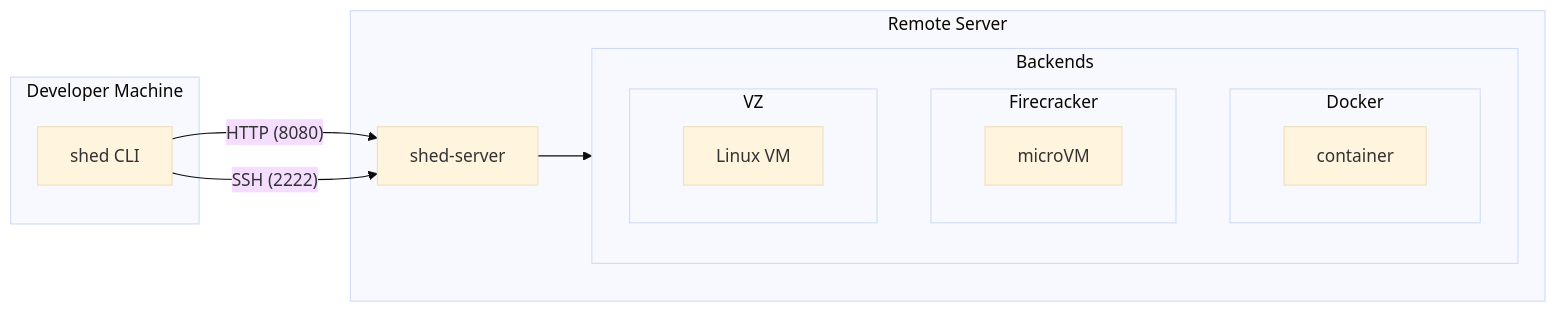
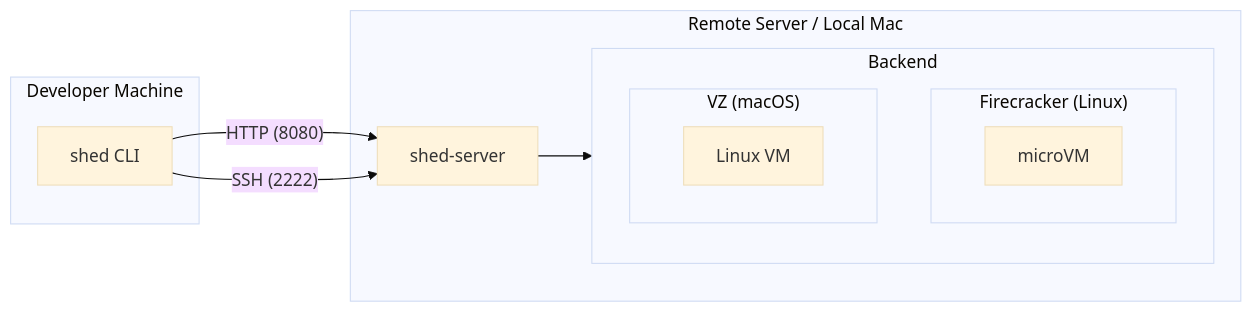
One commit to charliek/shed changed the diagram in docs/index.md. Above: the diagram before and after it, drawn with Mermaid (base theme). The commit also changed other lines of this file and 53 other files, not shown here.

First line of the commit message:
Remove Docker backend, simplify to VZ and Firecracker only

````diff
--- a/docs/index.md
+++ b/docs/index.md
@@ -29,25 +28,22 @@
 ```mermaid
 flowchart LR
     subgraph client["Developer Machine"]
         CLI["shed CLI"]
     end
 
-    subgraph server["Remote Server"]
+    subgraph server["Remote Server / Local Mac"]
         SERVER["shed-server"]
-        subgraph backends["Backends"]
-            subgraph docker["Docker"]
-                SHED1["container"]
-            end
-            subgraph fc["Firecracker"]
+        subgraph backends["Backend"]
+            subgraph fc["Firecracker (Linux)"]
                 VM1["microVM"]
             end
-            subgraph vz["VZ"]
+            subgraph vz["VZ (macOS)"]
                 VM2["Linux VM"]
             end
         end
         SERVER --> backends
     end
 
     CLI -->|"HTTP (8080)"| SERVER
     CLI -->|"SSH (2222)"| SERVER
 ```
````
